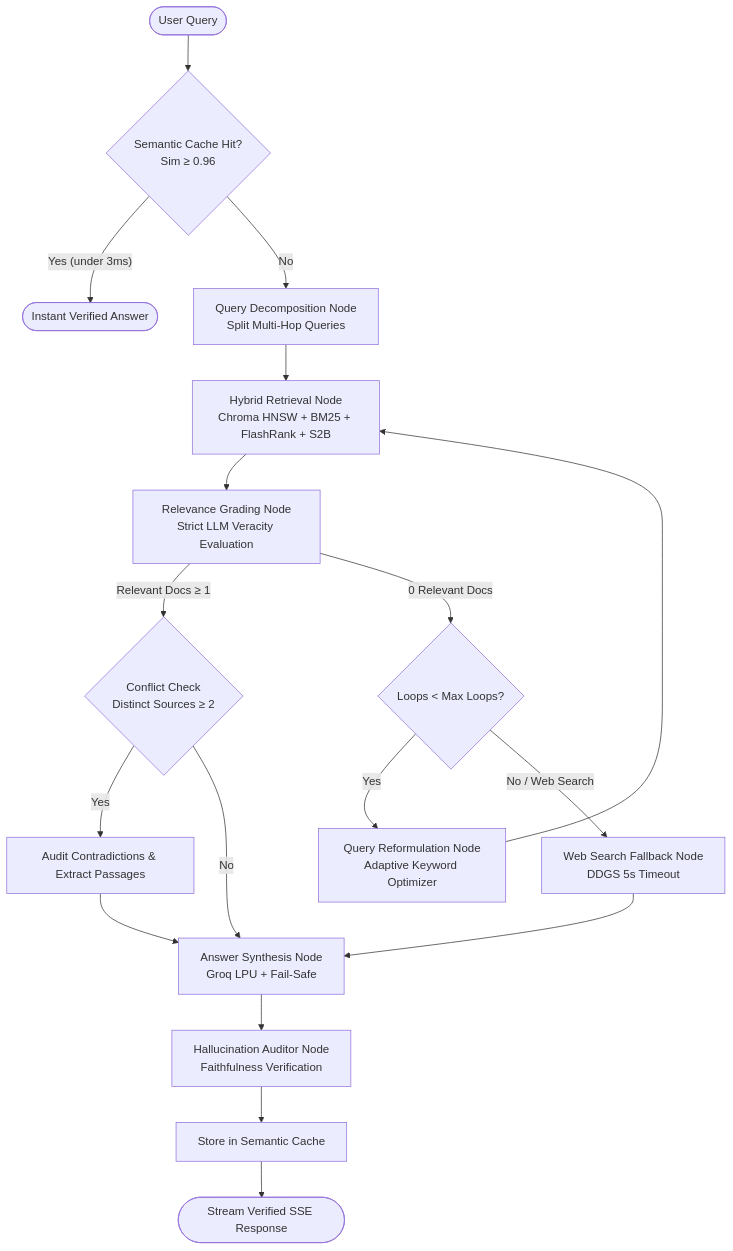
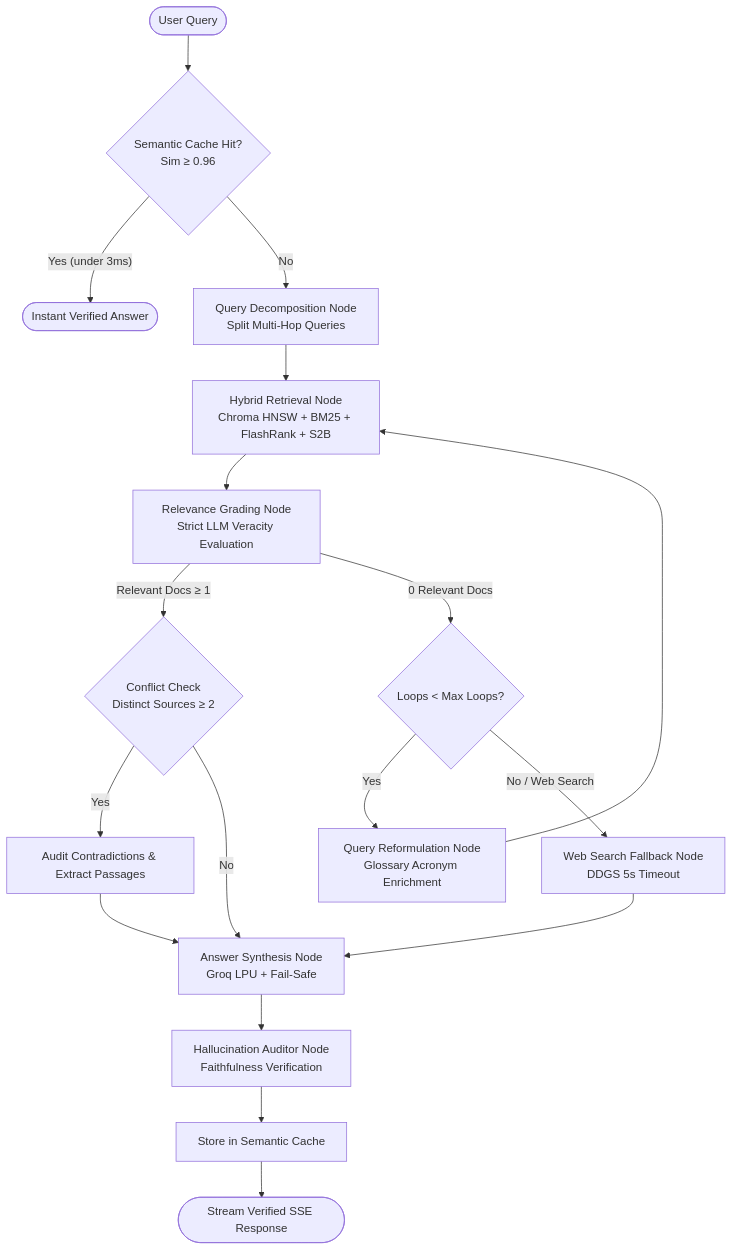
One commit to KARTHIKKJ369/Ridge changed the diagram in README.md. Above: the diagram before and after it, drawn with Mermaid. The commit also changed other lines of this file and 8 other files, not shown here.

````diff
--- a/README.md
+++ b/README.md
@@ -98,24 +107,24 @@
 ```mermaid
 flowchart TD
     Start(["User Query"]) --> CacheCheck{"Semantic Cache Hit?<br/>Sim ≥ 0.96"}
     CacheCheck -->|"Yes (under 3ms)"| FastReturn(["Instant Verified Answer"])
     CacheCheck -->|No| Decompose["Query Decomposition Node<br/>Split Multi-Hop Queries"]
     
     Decompose --> Retrieve["Hybrid Retrieval Node<br/>Chroma HNSW + BM25 + FlashRank + S2B"]
     Retrieve --> Grade["Relevance Grading Node<br/>Strict LLM Veracity Evaluation"]
     
     Grade -->|"Relevant Docs ≥ 1"| ConflictAudit{"Conflict Check<br/>Distinct Sources ≥ 2"}
     ConflictAudit -->|Yes| FlagConflict["Audit Contradictions & Extract Passages"]
     ConflictAudit -->|No| Generate["Answer Synthesis Node<br/>Groq LPU + Fail-Safe"]
     FlagConflict --> Generate
     
     Grade -->|"0 Relevant Docs"| RouteCheck{"Loops < Max Loops?"}
-    RouteCheck -->|Yes| Rewrite["Query Reformulation Node<br/>Adaptive Keyword Optimizer"]
+    RouteCheck -->|Yes| Rewrite["Query Reformulation Node<br/>Glossary Acronym Enrichment"]
     Rewrite --> Retrieve
     RouteCheck -->|"No / Web Search"| WebSearch["Web Search Fallback Node<br/>DDGS 5s Timeout"]
     WebSearch --> Generate
     
     Generate --> HallucinationAudit["Hallucination Auditor Node<br/>Faithfulness Verification"]
     HallucinationAudit --> CacheStore["Store in Semantic Cache"]
     CacheStore --> End(["Stream Verified SSE Response"])
 ```
````
